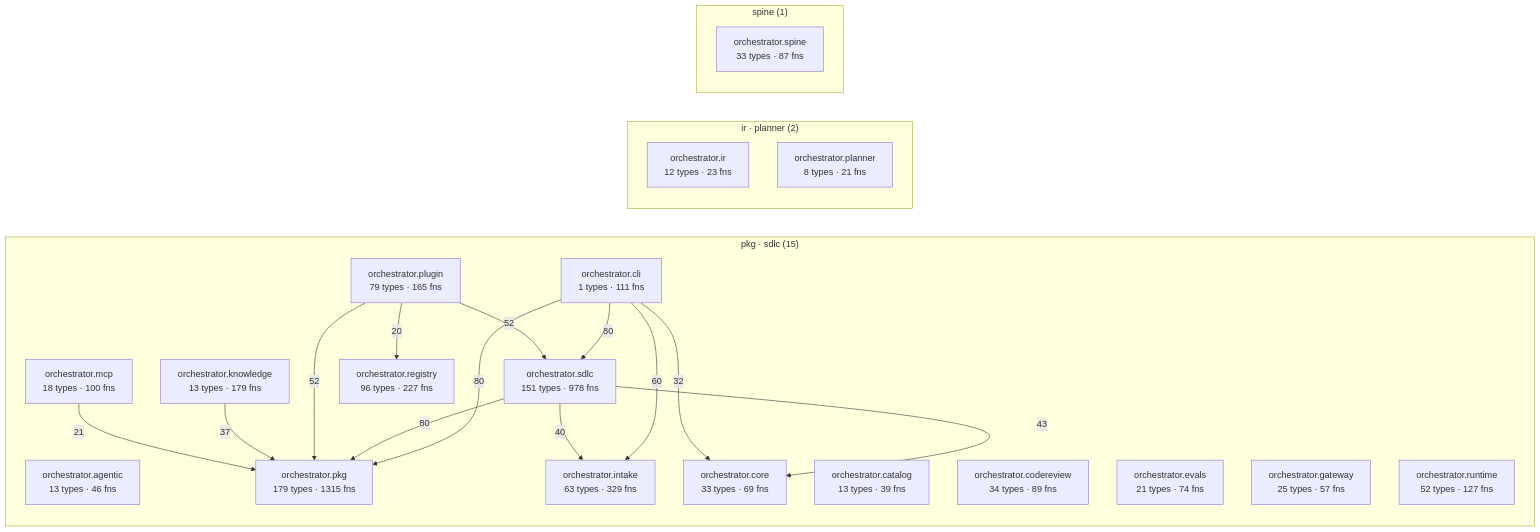
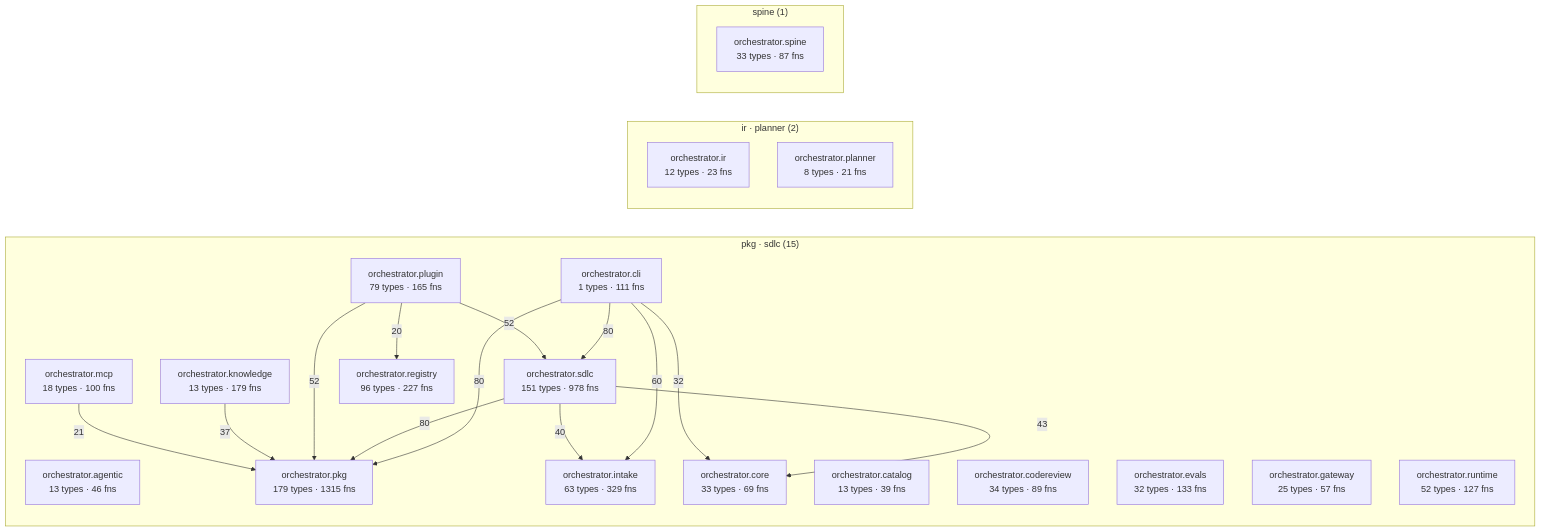
The diagram in episteme/architecture.md (synaptixs/spine), drawn with Mermaid before and after one commit. The commit also changed other lines of this file and 33 other files, not shown here.

````diff
--- a/episteme/architecture.md
+++ b/episteme/architecture.md
@@ -56,39 +56,39 @@
 ```mermaid
 flowchart LR
   subgraph c_2["pkg · sdlc (15)"]
     aorchestratoragentic["orchestrator.agentic<br/>13 types · 46 fns"]
     aorchestratorcatalog["orchestrator.catalog<br/>13 types · 39 fns"]
     aorchestratorcli["orchestrator.cli<br/>1 types · 111 fns"]
     aorchestratorcodereview["orchestrator.codereview<br/>34 types · 89 fns"]
     aorchestratorcore["orchestrator.core<br/>33 types · 69 fns"]
-    aorchestratorevals["orchestrator.evals<br/>21 types · 74 fns"]
+    aorchestratorevals["orchestrator.evals<br/>32 types · 133 fns"]
     aorchestratorgateway["orchestrator.gateway<br/>25 types · 57 fns"]
     aorchestratorintake["orchestrator.intake<br/>63 types · 329 fns"]
     aorchestratorknowledge["orchestrator.knowledge<br/>13 types · 179 fns"]
     aorchestratormcp["orchestrator.mcp<br/>18 types · 100 fns"]
     aorchestratorpkg["orchestrator.pkg<br/>179 types · 1315 fns"]
     aorchestratorplugin["orchestrator.plugin<br/>79 types · 165 fns"]
     aorchestratorregistry["orchestrator.registry<br/>96 types · 227 fns"]
     aorchestratorruntime["orchestrator.runtime<br/>52 types · 127 fns"]
     aorchestratorsdlc["orchestrator.sdlc<br/>151 types · 978 fns"]
   end
   subgraph c_5["ir · planner (2)"]
     aorchestratorir["orchestrator.ir<br/>12 types · 23 fns"]
     aorchestratorplanner["orchestrator.planner<br/>8 types · 21 fns"]
   end
   subgraph c_10["spine (1)"]
     aorchestratorspine["orchestrator.spine<br/>33 types · 87 fns"]
   end
   aorchestratorcli -->|80| aorchestratorpkg
   aorchestratorcli -->|80| aorchestratorsdlc
   aorchestratorsdlc -->|80| aorchestratorpkg
   aorchestratorcli -->|60| aorchestratorintake
   aorchestratorplugin -->|52| aorchestratorpkg
   aorchestratorplugin -->|52| aorchestratorsdlc
   aorchestratorsdlc -->|43| aorchestratorcore
   aorchestratorsdlc -->|40| aorchestratorintake
   aorchestratorknowledge -->|37| aorchestratorpkg
   aorchestratorcli -->|32| aorchestratorcore
   aorchestratormcp -->|21| aorchestratorpkg
   aorchestratorplugin -->|20| aorchestratorregistry
 ```
````
